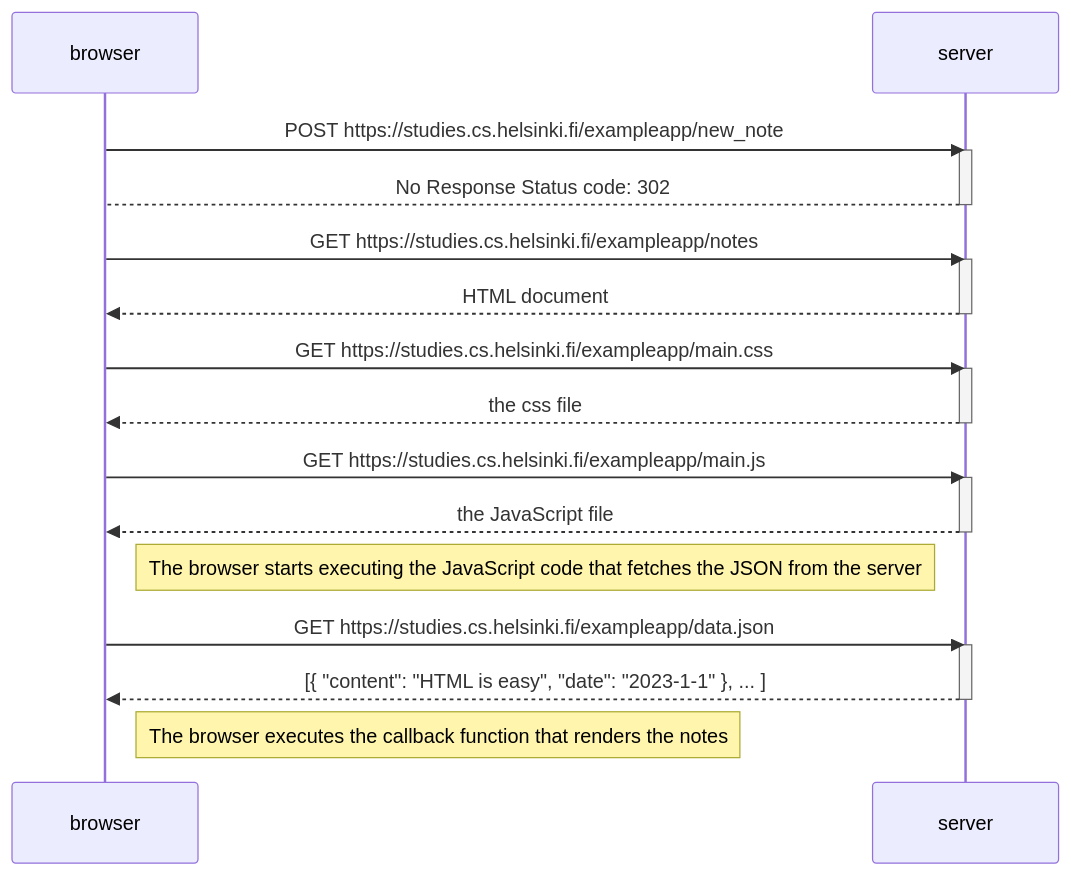
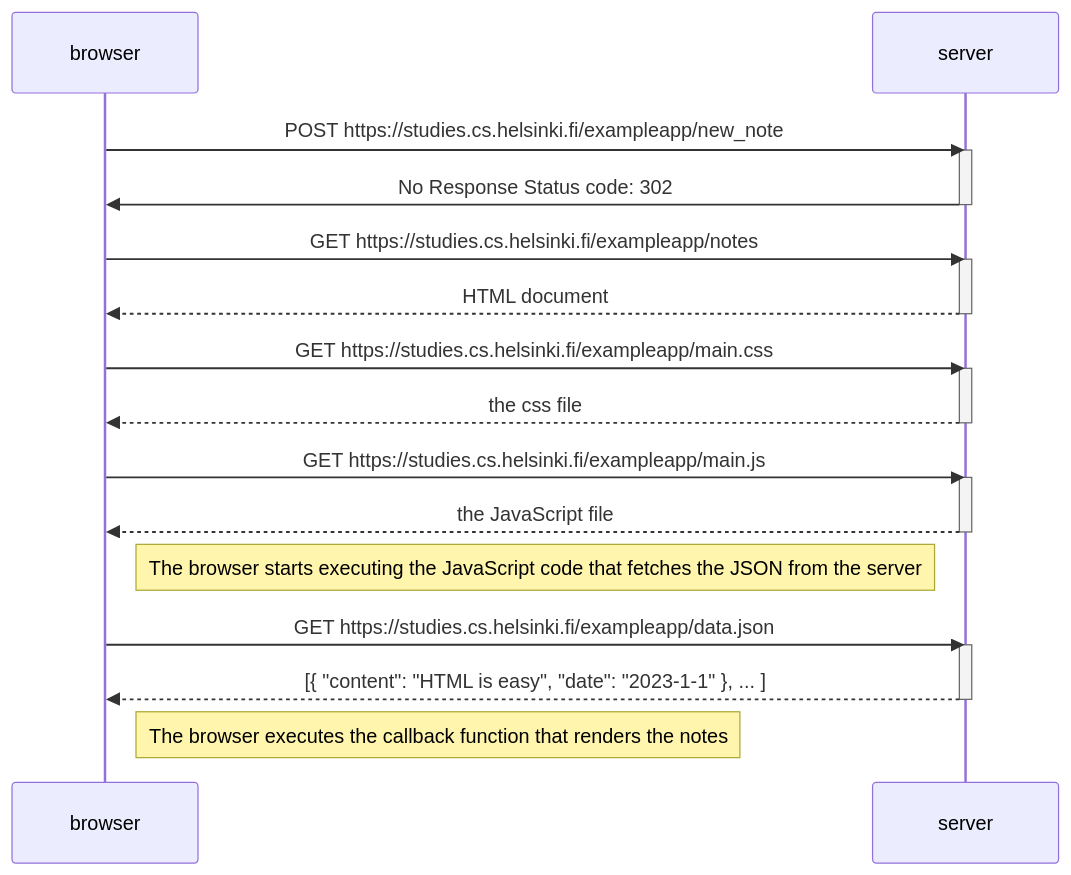
Before and after one commit to DucLUT/EntryWork: the diagram in README.md, drawn with Mermaid.

````diff
--- a/README.md
+++ b/README.md
@@ -5,34 +5,34 @@
 ```mermaid
 sequenceDiagram
     participant browser
     participant server
 
     browser->>server: POST https://studies.cs.helsinki.fi/exampleapp/new_note
     activate server
-    server-->browser: No Response Status code: 302
+    server->>browser: No Response Status code: 302
     deactivate server
 
     browser->>server: GET https://studies.cs.helsinki.fi/exampleapp/notes
     activate server
     server-->>browser: HTML document
     deactivate server
 
     browser->>server: GET https://studies.cs.helsinki.fi/exampleapp/main.css
     activate server
     server-->>browser: the css file
     deactivate server
 
     browser->>server: GET https://studies.cs.helsinki.fi/exampleapp/main.js
     activate server
     server-->>browser: the JavaScript file
     deactivate server
 
     Note right of browser: The browser starts executing the JavaScript code that fetches the JSON from the server
 
     browser->>server: GET https://studies.cs.helsinki.fi/exampleapp/data.json
     activate server
     server-->>browser: [{ "content": "HTML is easy", "date": "2023-1-1" }, ... ]
     deactivate server
 
     Note right of browser: The browser executes the callback function that renders the notes
 ```
````
